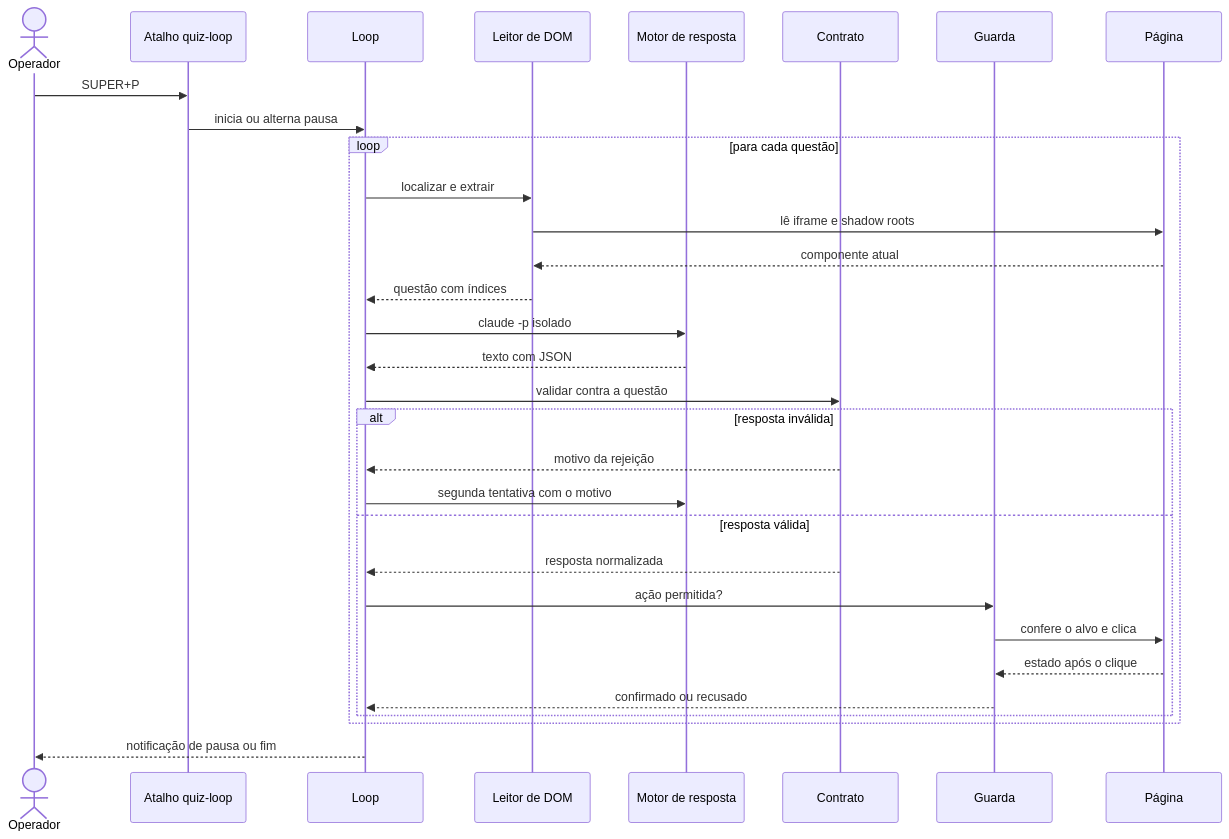
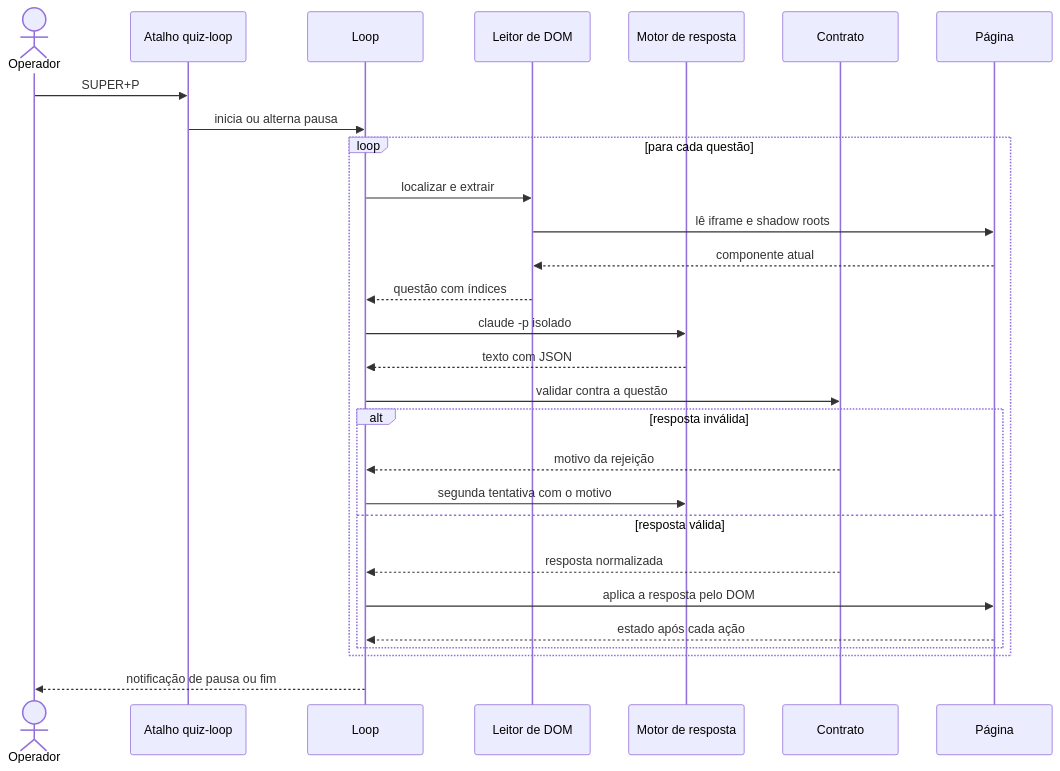
Before and after one commit to Pedrojscx/dracaena: the first of 2 diagrams in README.md, drawn with Mermaid. The commit also changed other lines of this file, not shown here.

Commit message:
docs: adiciona arquitetura e decisões técnicas com diagramas

````diff
--- a/README.md
+++ b/README.md
@@ -146,34 +146,31 @@
 ```mermaid
 sequenceDiagram
     actor Op as Operador
     participant Sh as Atalho quiz-loop
     participant Lp as Loop
     participant Dm as Leitor de DOM
     participant Mt as Motor de resposta
     participant Ct as Contrato
-    participant Gd as Guarda
     participant Pg as Página
 
     Op->>Sh: SUPER+P
     Sh->>Lp: inicia ou alterna pausa
     loop para cada questão
         Lp->>Dm: localizar e extrair
         Dm->>Pg: lê iframe e shadow roots
         Pg-->>Dm: componente atual
         Dm-->>Lp: questão com índices
         Lp->>Mt: claude -p isolado
         Mt-->>Lp: texto com JSON
         Lp->>Ct: validar contra a questão
         alt resposta inválida
             Ct-->>Lp: motivo da rejeição
             Lp->>Mt: segunda tentativa com o motivo
         else resposta válida
             Ct-->>Lp: resposta normalizada
-            Lp->>Gd: ação permitida?
-            Gd->>Pg: confere o alvo e clica
-            Pg-->>Gd: estado após o clique
-            Gd-->>Lp: confirmado ou recusado
+            Lp->>Pg: aplica a resposta pelo DOM
+            Pg-->>Lp: estado após cada ação
         end
     end
     Lp-->>Op: notificação de pausa ou fim
 ```
````
